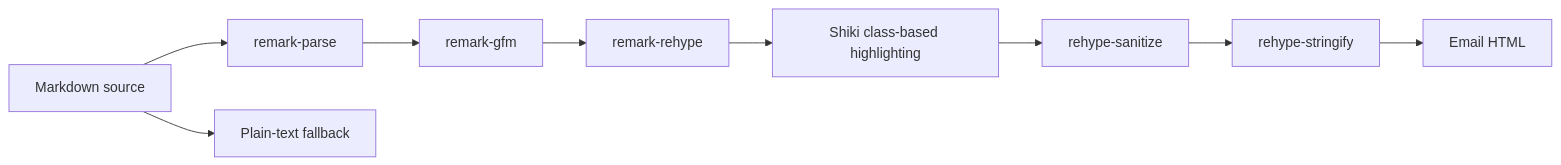
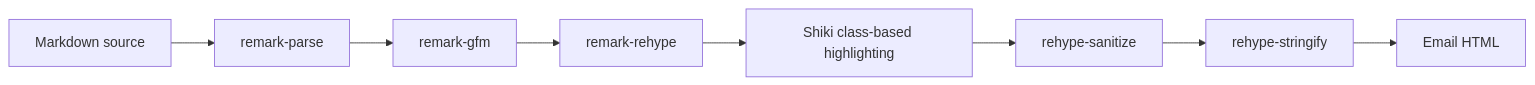
Before and after one commit to hnjae/md-compose-tb: the diagram in docs/architecture/markdown-rendering.md, drawn with Mermaid. The commit also changed other lines of this file and 2 other files, not shown here.

Commit message:
docs(markdown): relax plain fallback guarantee

````diff
--- a/docs/architecture/markdown-rendering.md
+++ b/docs/architecture/markdown-rendering.md
@@ -13,11 +13,10 @@
 ```mermaid
 flowchart LR
   source[Markdown source] --> parse[remark-parse]
   parse --> gfm[remark-gfm]
   gfm --> bridge[remark-rehype]
   bridge --> highlight[Shiki class-based highlighting]
   highlight --> sanitize[rehype-sanitize]
   sanitize --> stringify[rehype-stringify]
   stringify --> html[Email HTML]
-  source --> fallback[Plain-text fallback]
 ```
````
